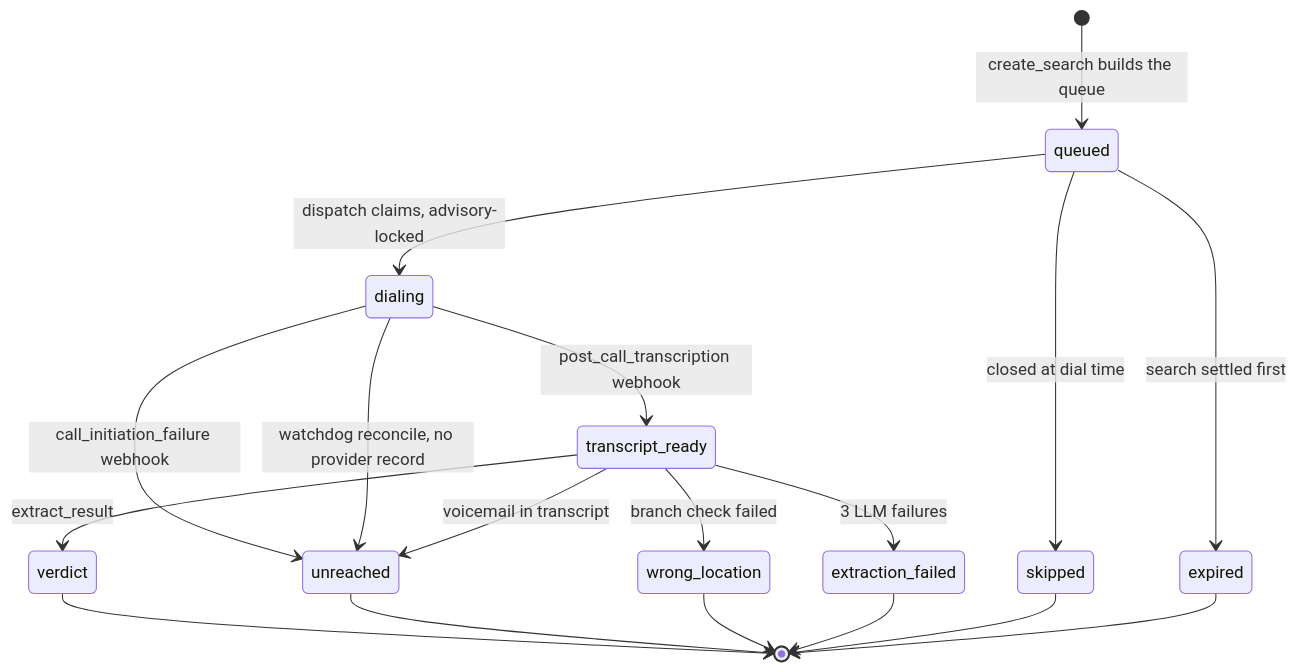
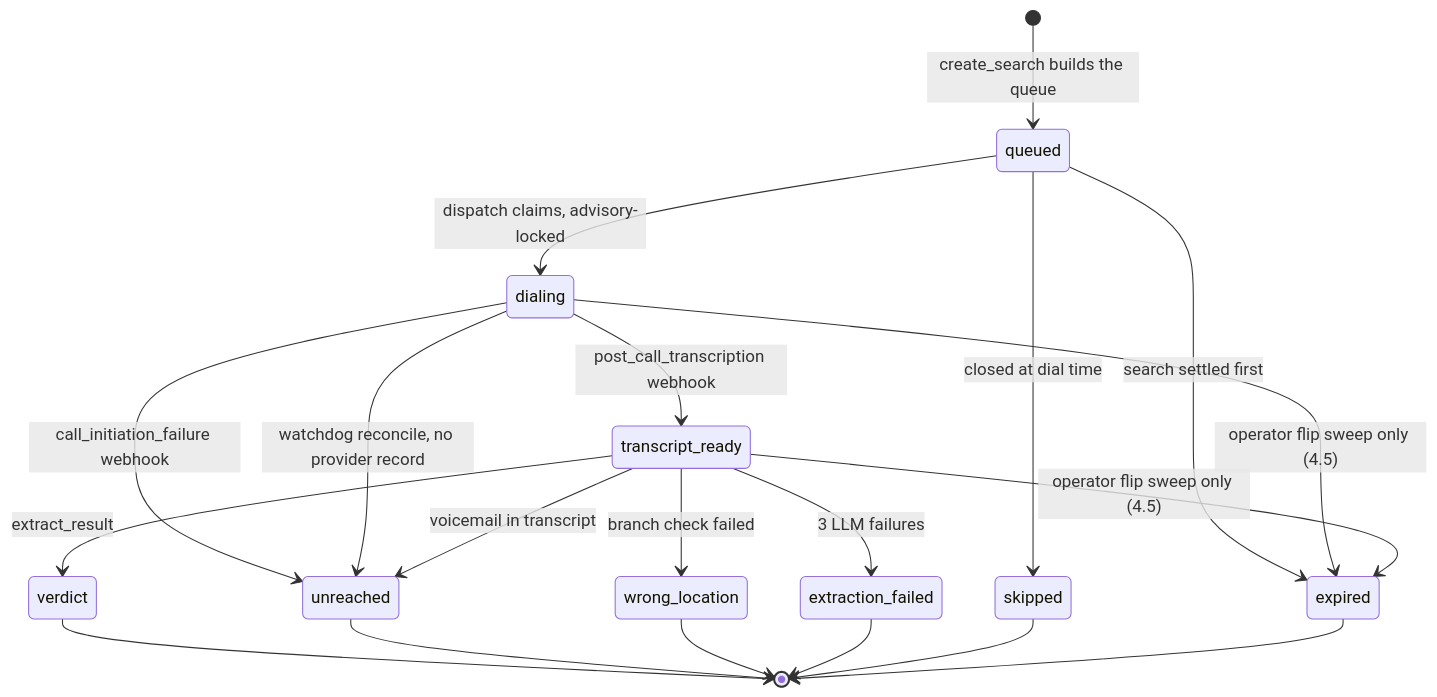
The second of 2 diagrams in docs/architecture.md (fatsymatsydatsy/relay), drawn with Mermaid before and after one commit. The commit also changed other lines of this file and 9 other files, not shown here.

````diff
--- a/docs/architecture.md
+++ b/docs/architecture.md
@@ -39,20 +39,22 @@
 ```mermaid
 stateDiagram-v2
     [*] --> queued: create_search builds the queue
     queued --> dialing: dispatch claims, advisory-locked
     queued --> skipped: closed at dial time
     queued --> expired: search settled first
+    dialing --> expired: operator flip sweep only (4.5)
+    transcript_ready --> expired: operator flip sweep only (4.5)
     dialing --> transcript_ready: post_call_transcription webhook
     dialing --> unreached: call_initiation_failure webhook
     dialing --> unreached: watchdog reconcile, no provider record
     transcript_ready --> verdict: extract_result
     transcript_ready --> unreached: voicemail in transcript
     transcript_ready --> wrong_location: branch check failed
     transcript_ready --> extraction_failed: 3 LLM failures
     verdict --> [*]
     unreached --> [*]
     wrong_location --> [*]
     extraction_failed --> [*]
     skipped --> [*]
     expired --> [*]
 ```
````
